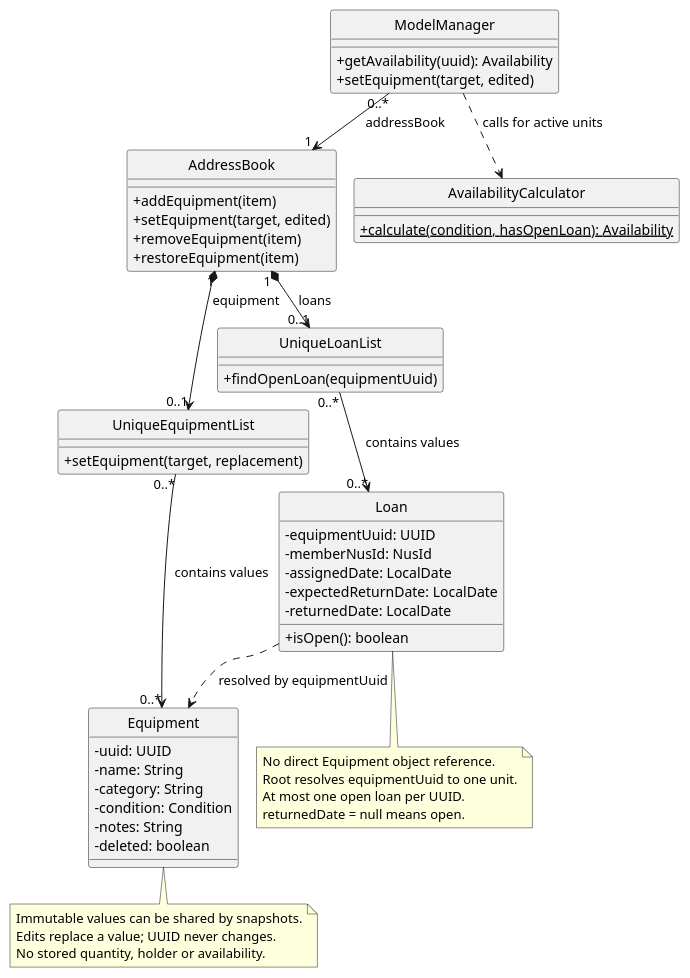
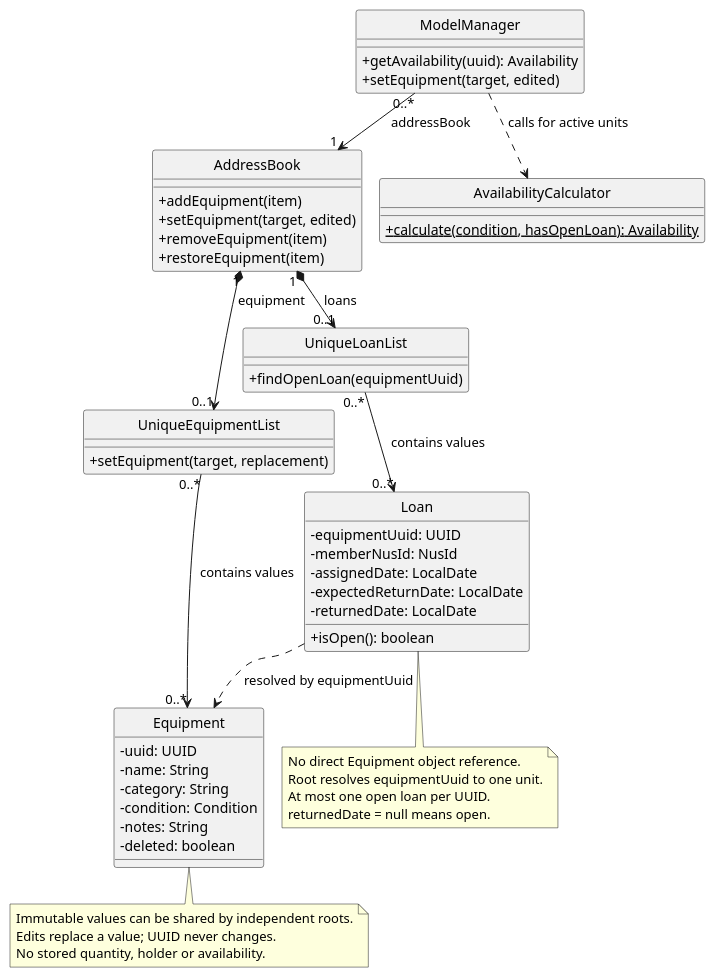
One commit to AY2627S1-CS2103T-F15-2/tp changed the diagram in diagrams/EquipmentModel.puml. Above: the diagram before and after it, drawn with PlantUML. The commit also changed 103 other files, not shown here.

```diff
--- a/diagrams/EquipmentModel.puml
+++ b/diagrams/EquipmentModel.puml
@@ -1,63 +1,63 @@
 @startuml
 !pragma layout smetana
 skinparam shadowing false
 skinparam defaultFontName Arial
 skinparam classAttributeIconSize 0
 hide circle
 
 class ModelManager {
   + getAvailability(uuid): Availability
   + setEquipment(target, edited)
 }
 class AddressBook {
   + addEquipment(item)
   + setEquipment(target, edited)
   + removeEquipment(item)
   + restoreEquipment(item)
 }
 class UniqueEquipmentList {
   + setEquipment(target, replacement)
 }
 class Equipment {
   - uuid: UUID
   - name: String
   - category: String
   - condition: Condition
   - notes: String
   - deleted: boolean
 }
 class UniqueLoanList {
   + findOpenLoan(equipmentUuid)
 }
 class Loan {
   - equipmentUuid: UUID
   - memberNusId: NusId
   - assignedDate: LocalDate
   - expectedReturnDate: LocalDate
   - returnedDate: LocalDate
   + isOpen(): boolean
 }
 class AvailabilityCalculator {
   {static} + calculate(condition, hasOpenLoan): Availability
 }
 
 ModelManager "0..*" --> "1" AddressBook : addressBook
 AddressBook "1" *--> "0..1" UniqueEquipmentList : equipment
 AddressBook "1" *--> "0..1" UniqueLoanList : loans
 UniqueEquipmentList "0..*" --> "0..*" Equipment : contains values
 UniqueLoanList "0..*" --> "0..*" Loan : contains values
 ModelManager ..> AvailabilityCalculator : calls for active units
 Loan ..> Equipment : resolved by equipmentUuid
 
 note bottom of Equipment
-  Immutable values can be shared by snapshots.
+  Immutable values can be shared by independent roots.
   Edits replace a value; UUID never changes.
   No stored quantity, holder or availability.
 end note
 note bottom of Loan
   No direct Equipment object reference.
   Root resolves equipmentUuid to one unit.
   At most one open loan per UUID.
   returnedDate = null means open.
 end note
 @enduml
```
